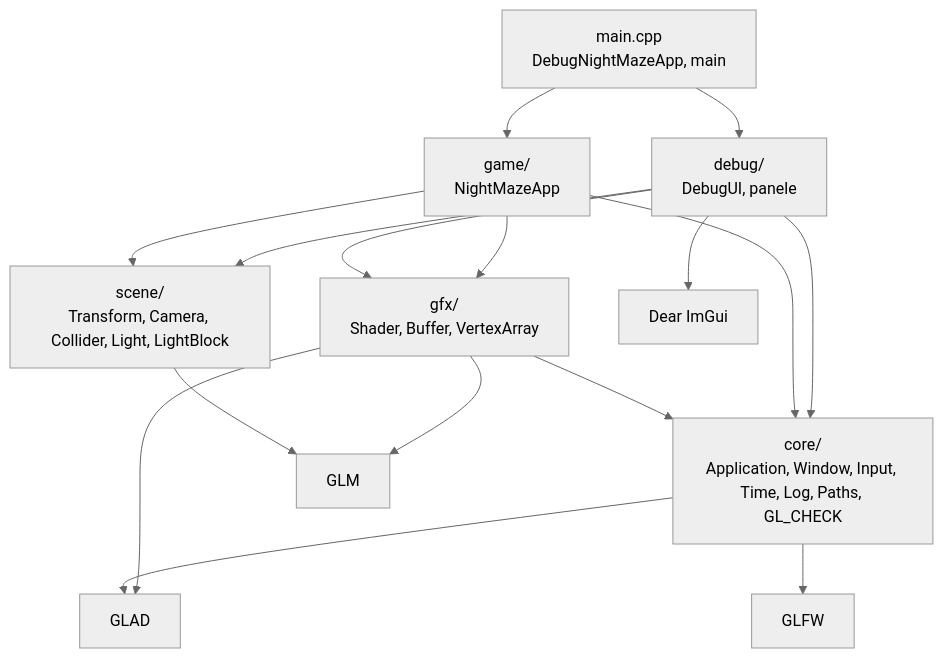
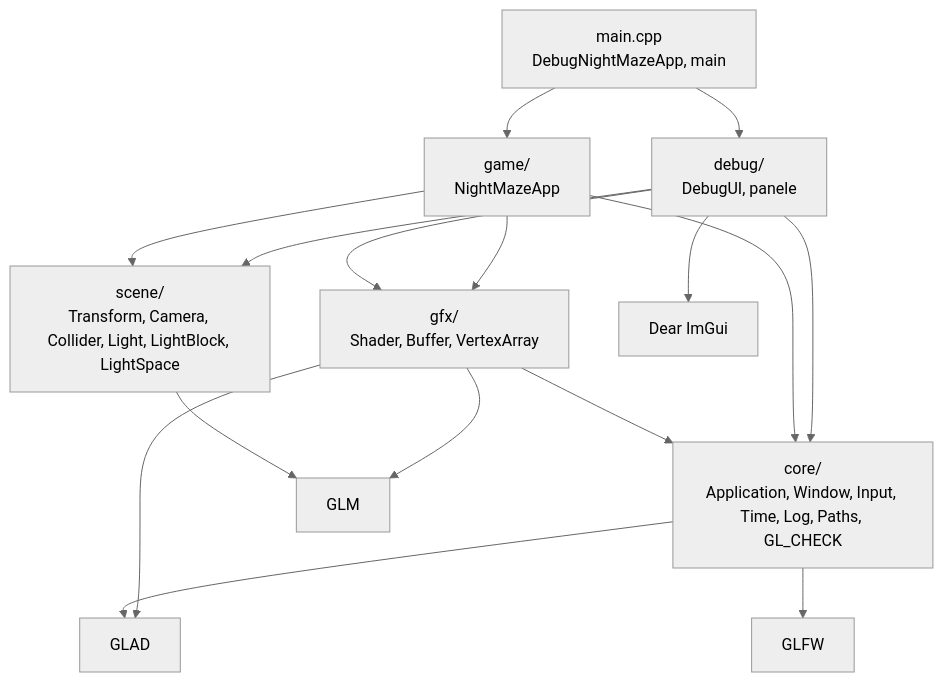
One commit to Shironex/night-maze changed the diagram in docs/modules/scene/README.md. Above: the diagram before and after it, drawn with Mermaid (neutral theme). The commit also changed other lines of this file and 90 other files, not shown here.

````diff
--- a/docs/modules/scene/README.md
+++ b/docs/modules/scene/README.md
@@ -67,18 +68,18 @@
 ```mermaid
 flowchart TD
     Main["main.cpp<br/>DebugNightMazeApp, main"] --> Debug["debug/<br/>DebugUI, panele"]
     Main --> Game["game/<br/>NightMazeApp"]
     Debug --> Core["core/<br/>Application, Window, Input, Time, Log, Paths, GL_CHECK"]
     Game --> Core
     Game --> Gfx
     Debug --> Gfx
     Debug --> Scene
     Game --> Scene
     Gfx["gfx/<br/>Shader, Buffer, VertexArray"] --> Core
     Gfx --> Glm
-    Scene["scene/<br/>Transform, Camera, Collider, Light, LightBlock"] --> Glm["GLM"]
+    Scene["scene/<br/>Transform, Camera, Collider, Light, LightBlock, LightSpace"] --> Glm["GLM"]
     Gfx --> Glad["GLAD"]
     Core --> Glad
     Core --> Glfw["GLFW"]
     Debug --> ImGui["Dear ImGui"]
 ```
````
